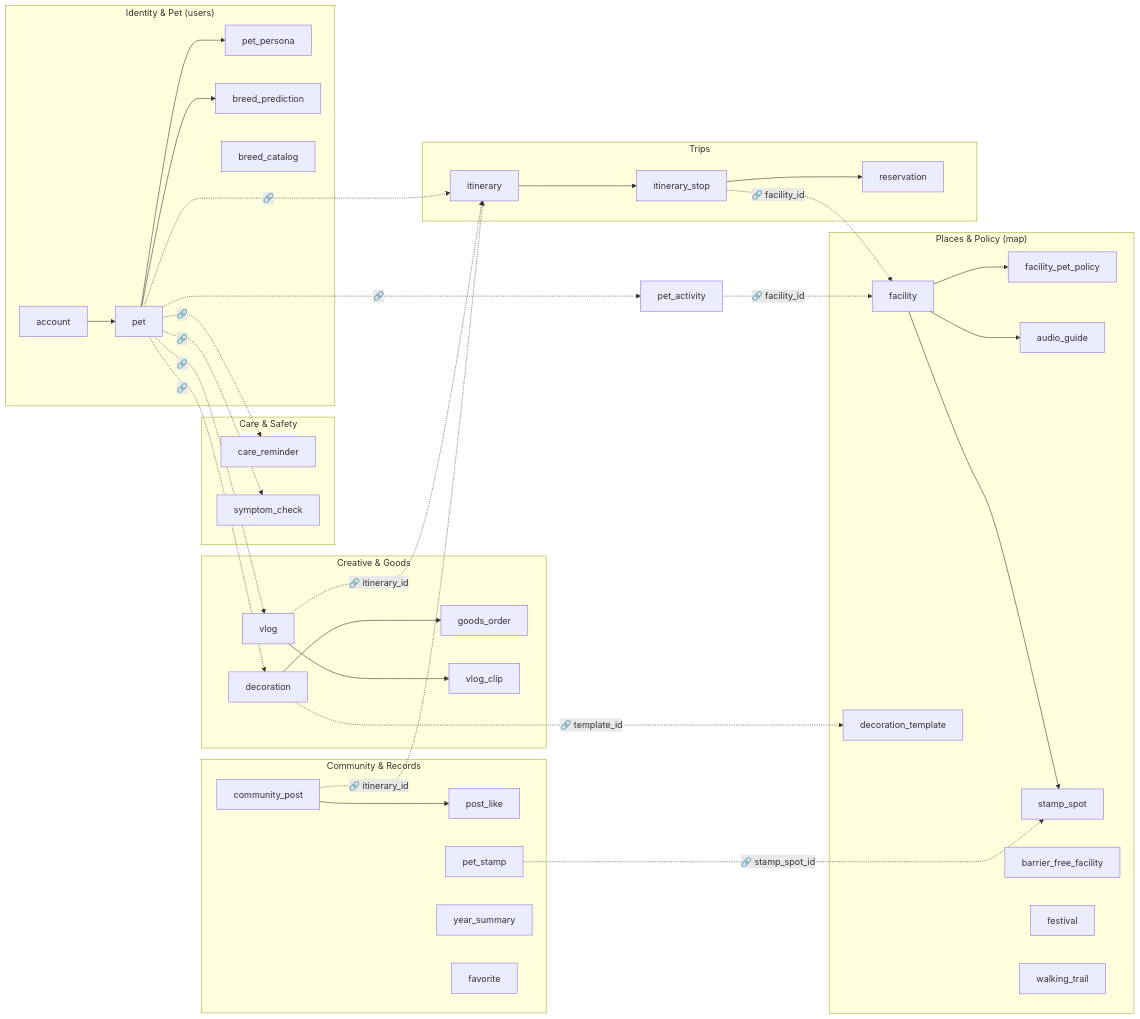
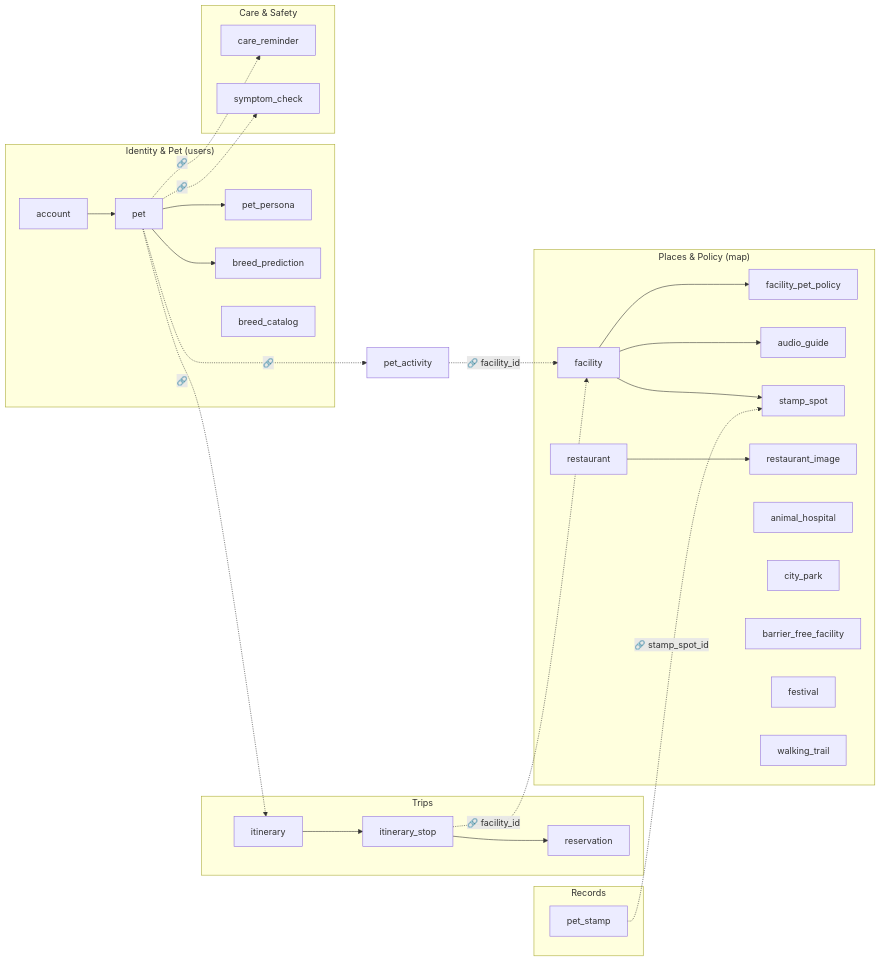
The second of 2 diagrams in _docs/발자국_ERD.md (redoceanmap/cloud.adapdog), drawn with Mermaid before and after one commit. The commit also changed other lines of this file and 39 other files, not shown here.

````diff
--- a/_docs/발자국_ERD.md
+++ b/_docs/발자국_ERD.md
@@ -411,49 +366,39 @@
 ```mermaid
 flowchart LR
     subgraph IDP["Identity & Pet (users)"]
         account --> pet
         pet --> pet_persona
         pet --> breed_prediction
         breed_catalog
     end
     subgraph MAP["Places & Policy (map)"]
         facility --> facility_pet_policy
         facility --> audio_guide
         facility --> stamp_spot
+        restaurant --> restaurant_image
+        animal_hospital
+        city_park
         barrier_free_facility
         festival
         walking_trail
-        decoration_template
     end
     subgraph TRP["Trips"]
         itinerary --> itinerary_stop
         itinerary_stop --> reservation
     end
     subgraph CARE["Care & Safety"]
         care_reminder
         symptom_check
     end
-    subgraph CRE["Creative & Goods"]
-        decoration --> goods_order
-        vlog --> vlog_clip
-    end
-    subgraph COM["Community & Records"]
-        community_post --> post_like
+    subgraph COM["Records"]
         pet_stamp
-        year_summary
-        favorite
     end
 
     pet -. "🔗" .-> itinerary
     pet -. "🔗" .-> care_reminder
     pet -. "🔗" .-> symptom_check
-    pet -. "🔗" .-> decoration
-    pet -. "🔗" .-> vlog
     pet -. "🔗" .-> pet_activity
     itinerary_stop -. "🔗 facility_id" .-> facility
     pet_activity -. "🔗 facility_id" .-> facility
-    decoration -. "🔗 template_id" .-> decoration_template
-    vlog -. "🔗 itinerary_id" .-> itinerary
-    community_post -. "🔗 itinerary_id" .-> itinerary
     pet_stamp -. "🔗 stamp_spot_id" .-> stamp_spot
 ```
````
